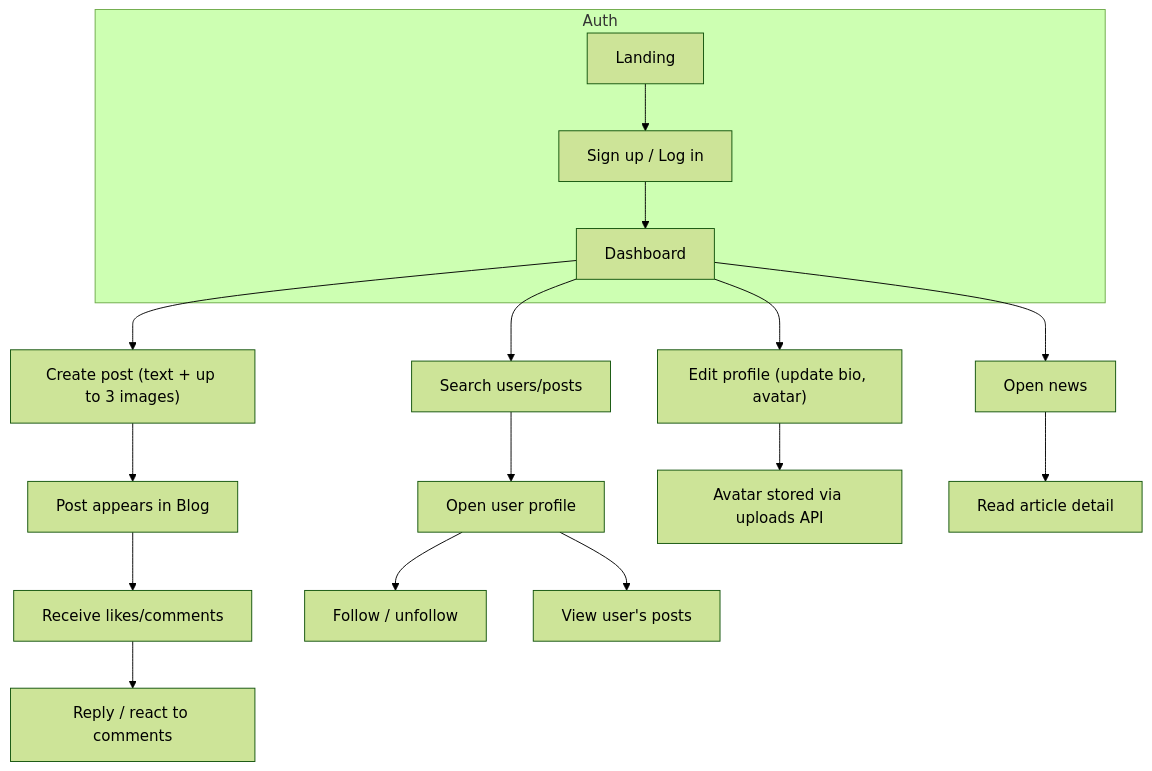
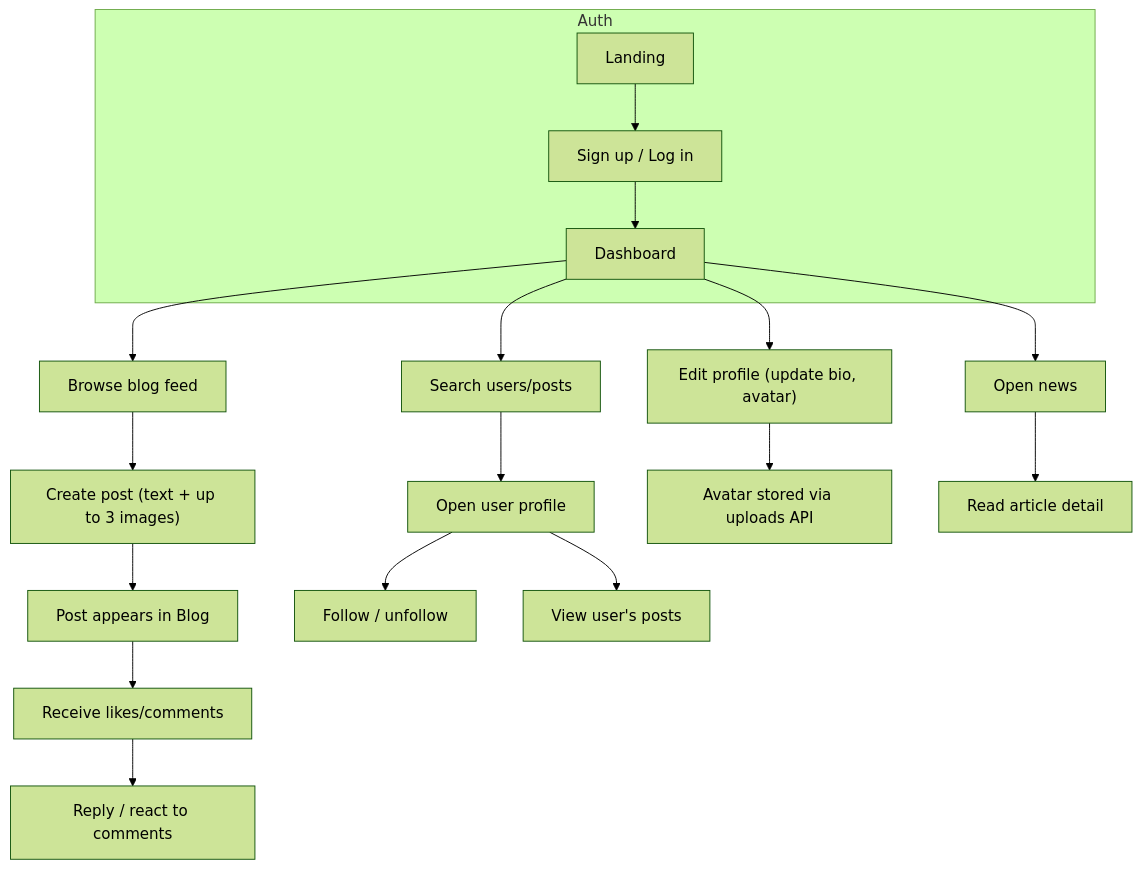
Before and after one commit to kostina-digital/chess-network-project: the diagram in docs/user-flows.md, drawn with Mermaid (forest theme).

````diff
--- a/docs/user-flows.md
+++ b/docs/user-flows.md
@@ -5,24 +5,25 @@
 ```mermaid
 flowchart TD
     subgraph Auth
         A1[Landing] --> A2[Sign up / Log in]
         A2 --> A3[Dashboard]
     end
 
+    A3 --> BF["Browse blog feed"]
+    BF --> B1["Create post (text + up to 3 images)"]
     A3 --> P1["Edit profile (update bio, avatar)"]
-    A3 --> B1["Create post (text + up to 3 images)"]
     A3 --> S1[Search users/posts]
     A3 --> N1[Open news]
 
     B1 --> B2[Post appears in Blog]
     B2 --> B3[Receive likes/comments]
     B3 --> B4[Reply / react to comments]
 
     S1 --> S2[Open user profile]
     S2 --> S3[Follow / unfollow]
     S2 --> S4[View user's posts]
 
     P1 --> P2[Avatar stored via uploads API]
 
     N1 --> N2[Read article detail]
 ```
````
